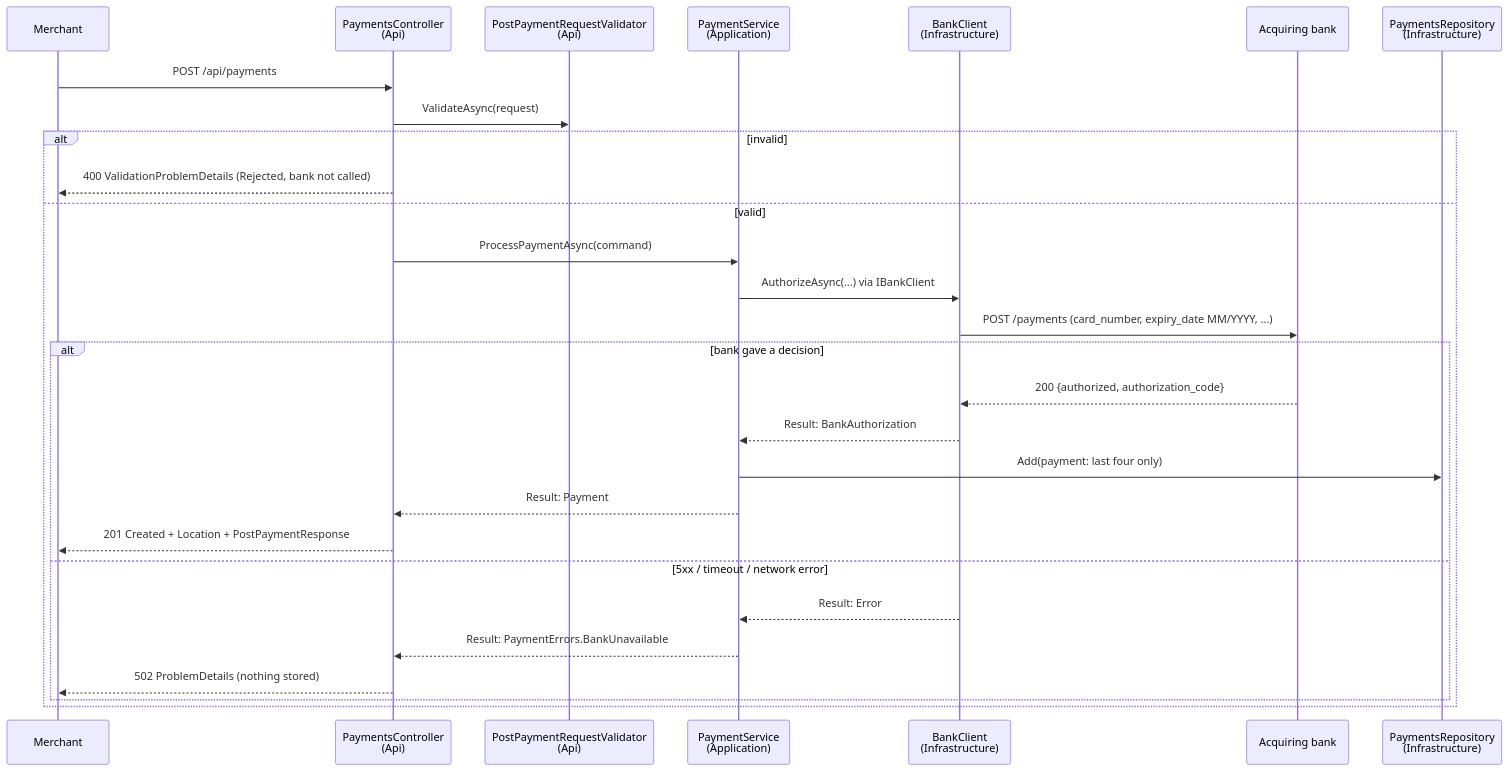
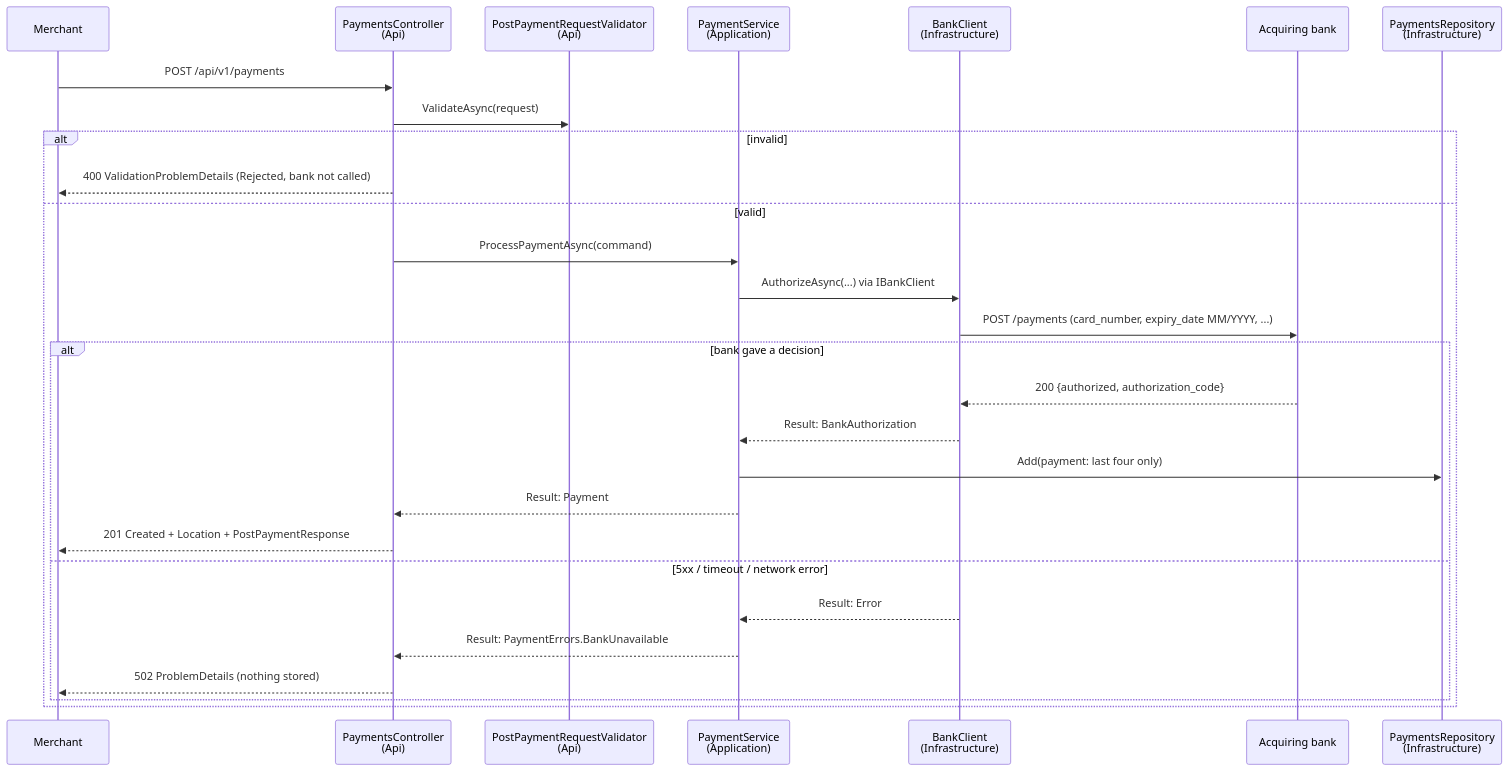
Before and after one commit to SuleCodes/payment-gateway-challenge-dotnet-main: the third of 3 diagrams in README-TECH.md, drawn with Mermaid. The commit also changed other lines of this file and 16 other files, not shown here.

````diff
--- a/README-TECH.md
+++ b/README-TECH.md
@@ -91,31 +91,31 @@
 ```mermaid
 sequenceDiagram
     participant Client as Merchant
     participant C as PaymentsController<br/>(Api)
     participant V as PostPaymentRequestValidator<br/>(Api)
     participant S as PaymentService<br/>(Application)
     participant B as BankClient<br/>(Infrastructure)
     participant Bank as Acquiring bank
     participant R as PaymentsRepository<br/>(Infrastructure)
 
-    Client->>C: POST /api/payments
+    Client->>C: POST /api/v1/payments
     C->>V: ValidateAsync(request)
     alt invalid
         C-->>Client: 400 ValidationProblemDetails (Rejected, bank not called)
     else valid
         C->>S: ProcessPaymentAsync(command)
         S->>B: AuthorizeAsync(...) via IBankClient
         B->>Bank: POST /payments (card_number, expiry_date MM/YYYY, ...)
         alt bank gave a decision
             Bank-->>B: 200 {authorized, authorization_code}
             B-->>S: Result: BankAuthorization
             S->>R: Add(payment: last four only)
             S-->>C: Result: Payment
             C-->>Client: 201 Created + Location + PostPaymentResponse
         else 5xx / timeout / network error
             B-->>S: Result: Error
             S-->>C: Result: PaymentErrors.BankUnavailable
             C-->>Client: 502 ProblemDetails (nothing stored)
         end
     end
 ```
````
